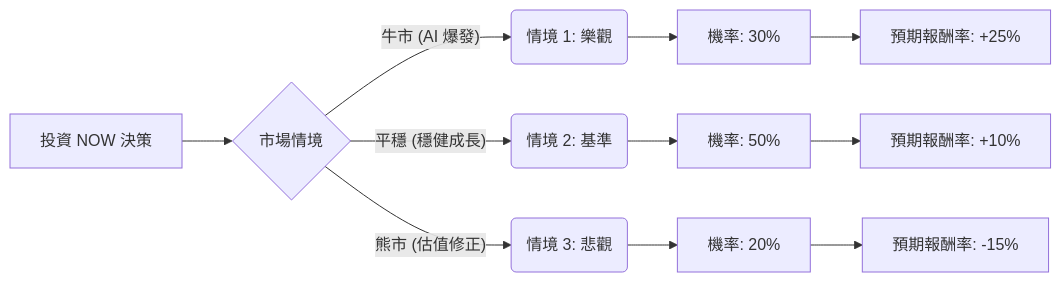
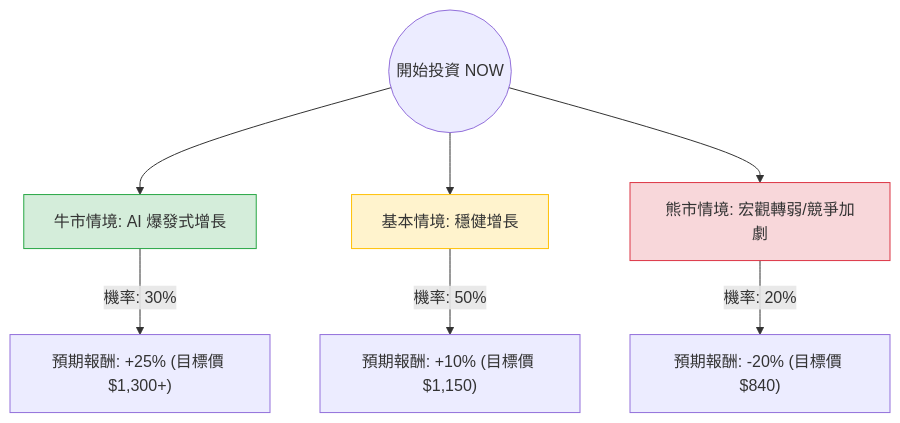
Before and after one commit to zmcx16/zmcx16.github.io: the diagram in plugin-react/ai-analysis/ev-analysis/NOW.md, drawn with Mermaid. The commit also changed other lines of this file and 77 other files, not shown here.

````diff
--- a/plugin-react/ai-analysis/ev-analysis/NOW.md
+++ b/plugin-react/ai-analysis/ev-analysis/NOW.md
@@ -23,17 +20,14 @@
 ```mermaid
-graph LR
-    A[投資 NOW 決策] --> B{市場情境}
-    
-    B -- 牛市 (AI 爆發) --> C(情境 1: 樂觀)
-    B -- 平穩 (穩健成長) --> D(情境 2: 基準)
-    B -- 熊市 (估值修正) --> E(情境 3: 悲觀)
+graph TD
+    Start((開始投資 NOW)) --> Bull[牛市情境: AI 爆發式增長]
+    Start --> Base[基本情境: 穩健增長]
+    Start --> Bear[熊市情境: 宏觀轉弱/競爭加劇]
 
-    C --> C1[機率: 30%]
-    C1 --> C2[預期報酬率: +25%]
+    Bull -- "機率: 30%" --> BullVal["預期報酬: +25% (目標價 $1,300+)"]
+    Base -- "機率: 50%" --> BaseVal["預期報酬: +10% (目標價 $1,150)"]
+    Bear -- "機率: 20%" --> BearVal["預期報酬: -20% (目標價 $840)"]
 
-    D --> D1[機率: 50%]
-    D1 --> D2[預期報酬率: +10%]
-
-    E --> E1[機率: 20%]
-    E1 --> E2[預期報酬率: -15%]
+    style Bull fill:#d4edda,stroke:#28a745
+    style Base fill:#fff3cd,stroke:#ffc107
+    style Bear fill:#f8d7da,stroke:#dc3545
 ```
````
